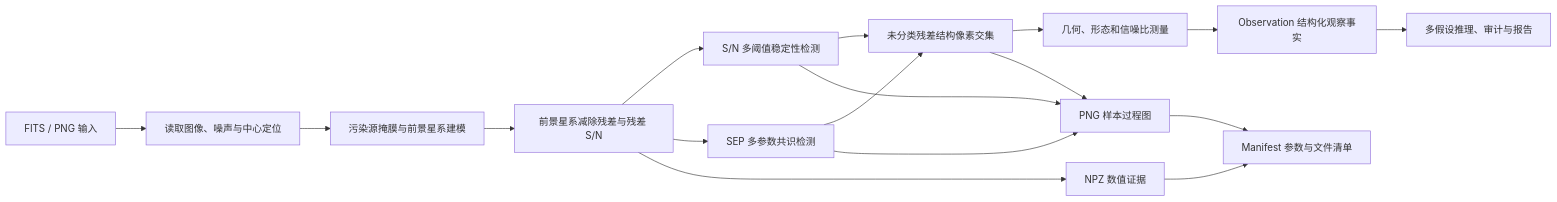
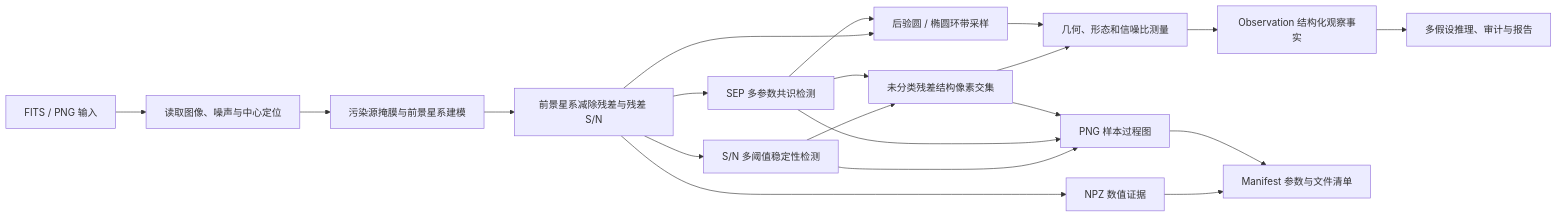
The diagram in src/docs/VISION_PROCESS_FLOW_CN.md (moonlovist/SL-agent), drawn with Mermaid before and after one commit. The commit also changed other lines of this file and 13 other files, not shown here.

````diff
--- a/src/docs/VISION_PROCESS_FLOW_CN.md
+++ b/src/docs/VISION_PROCESS_FLOW_CN.md
@@ -5,19 +5,22 @@
 ```mermaid
 flowchart LR
     A["FITS / PNG 输入"] --> B["读取图像、噪声与中心定位"]
     B --> C["污染源掩膜与前景星系建模"]
     C --> D["前景星系减除残差与残差 S/N"]
     D --> E["S/N 多阈值稳定性检测"]
     D --> F["SEP 多参数共识检测"]
+    D --> R["后验圆 / 椭圆环带采样"]
     E --> G["未分类残差结构像素交集"]
     F --> G
+    F --> R
     G --> H["几何、形态和信噪比测量"]
+    R --> H
     H --> I["Observation 结构化观察事实"]
     I --> J["多假设推理、审计与报告"]
     D --> K["NPZ 数值证据"]
     E --> L["PNG 样本过程图"]
     F --> L
     G --> L
     K --> M["Manifest 参数与文件清单"]
     L --> M
 ```
````
